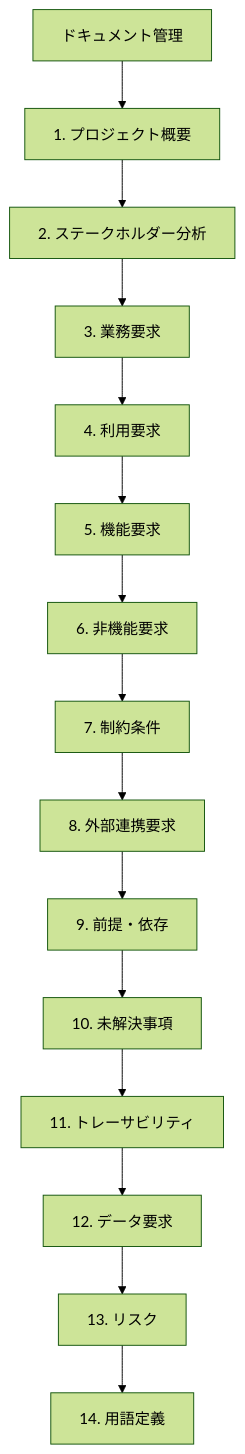
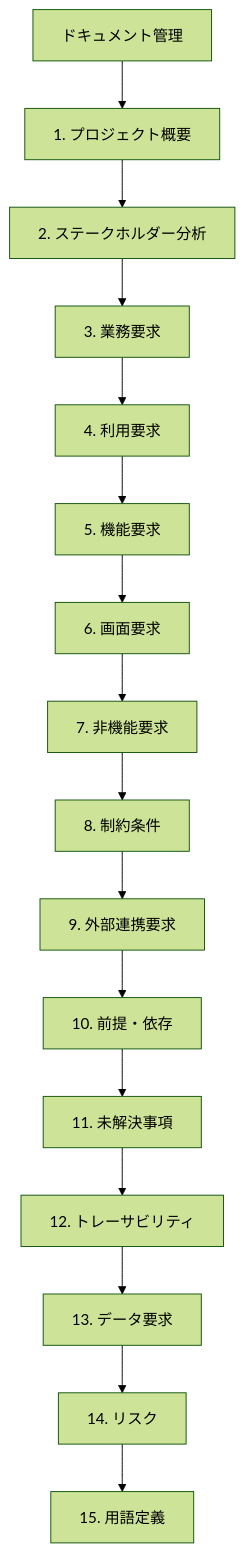
Before and after one commit to shioki/requirements-to-spec-template: the first of 2 diagrams in template.md, drawn with Mermaid (forest theme). The commit also changed other lines of this file and 12 other files, not shown here.

````diff
--- a/template.md
+++ b/template.md
@@ -25,17 +26,18 @@
 ```mermaid
 flowchart TD
   docControl["ドキュメント管理"] --> projectOverview["1. プロジェクト概要"]
   projectOverview --> stakeholderAnalysis["2. ステークホルダー分析"]
   stakeholderAnalysis --> businessReq["3. 業務要求"]
   businessReq --> userCases["4. 利用要求"]
   userCases --> functionalReq["5. 機能要求"]
-  functionalReq --> nonFunctionalReq["6. 非機能要求"]
-  nonFunctionalReq --> constraints["7. 制約条件"]
-  constraints --> interfaces["8. 外部連携要求"]
-  interfaces --> assumptions["9. 前提・依存"]
-  assumptions --> openIssues["10. 未解決事項"]
-  openIssues --> traceability["11. トレーサビリティ"]
-  traceability --> dataReq["12. データ要求"]
-  dataReq --> risks["13. リスク"]
-  risks --> glossary["14. 用語定義"]
+  functionalReq --> uiRequirements["6. 画面要求"]
+  uiRequirements --> nonFunctionalReq["7. 非機能要求"]
+  nonFunctionalReq --> constraints["8. 制約条件"]
+  constraints --> interfaces["9. 外部連携要求"]
+  interfaces --> assumptions["10. 前提・依存"]
+  assumptions --> openIssues["11. 未解決事項"]
+  openIssues --> traceability["12. トレーサビリティ"]
+  traceability --> dataReq["13. データ要求"]
+  dataReq --> risks["14. リスク"]
+  risks --> glossary["15. 用語定義"]
 ```
````
